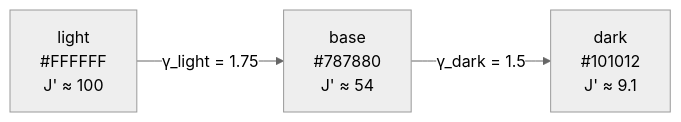
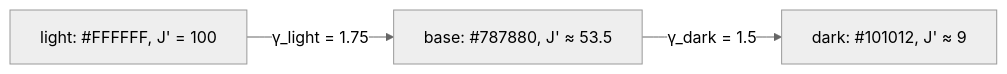
One commit to Labpics-Team/lab-colors changed the second of 4 diagrams in README.md. Above: the diagram before and after it, drawn with Mermaid (neutral theme). The commit also changed other lines of this file, not shown here.

````diff
--- a/README.md
+++ b/README.md
@@ -100,5 +97,5 @@
 ```mermaid
 graph LR
-    L["light\n#FFFFFF\nJ' ≈ 100"] -->|"γ_light = 1.75"| B["base\n#787880\nJ' ≈ 54"]
-    B -->|"γ_dark = 1.5"| D["dark\n#101012\nJ' ≈ 9.1"]
+    L["light: #FFFFFF, J' = 100"] -->|"γ_light = 1.75"| B["base: #787880, J' ≈ 53.5"]
+    B -->|"γ_dark = 1.5"| D["dark: #101012, J' ≈ 9"]
 ```
````
